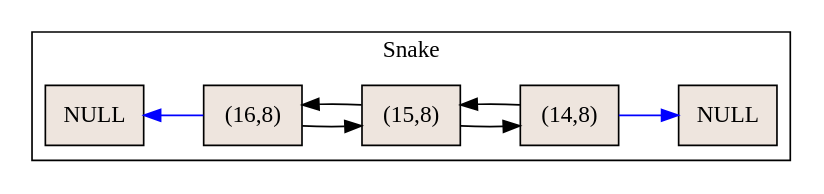
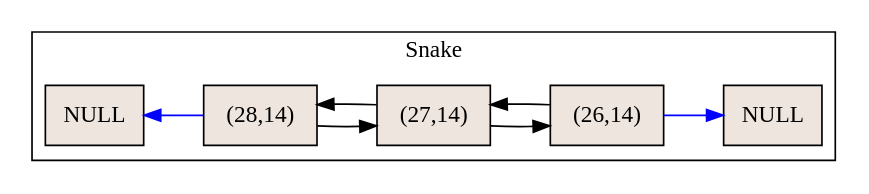
One commit to Eduardo01004/-EDD-_1S2019_P1_201612124 changed the diagram in ListaDobleSnake.dot. Above: the diagram before and after it, drawn with Graphviz. The commit also changed 12 other files, not shown here.

```diff
--- a/ListaDobleSnake.dot
+++ b/ListaDobleSnake.dot
@@ -1,17 +1,17 @@
 digraph G {rankdir = "LR"; 
  subgraph cluster3{
 label="Snake";
 h[shape=record, style=filled, fillcolor=seashell2,label="NULL"];
-3195411[shape=record, style=filled, fillcolor=seashell2,label="(16,8)"];
-h->3195411[dir=back color="blue"]
-3195411[shape=record, style=filled, fillcolor=seashell2,label="(16,8)"];
-3195411->3120443
-3120443->3195411
-3120443[shape=record, style=filled, fillcolor=seashell2,label="(15,8)"];
-3120443->3197951
-3197951->3120443
-3197951[shape=record, style=filled, fillcolor=seashell2,label="(14,8)"];
+878067[shape=record, style=filled, fillcolor=seashell2,label="(28,14)"];
+h->878067[dir=back color="blue"]
+878067[shape=record, style=filled, fillcolor=seashell2,label="(28,14)"];
+878067->878073
+878073->878067
+878073[shape=record, style=filled, fillcolor=seashell2,label="(27,14)"];
+878073->882957
+882957->878073
+882957[shape=record, style=filled, fillcolor=seashell2,label="(26,14)"];
 null[shape=record, style=filled, fillcolor=seashell2,label="NULL"];
-3197951->null[ color="blue"]
+882957->null[ color="blue"]
 }
 }
```
